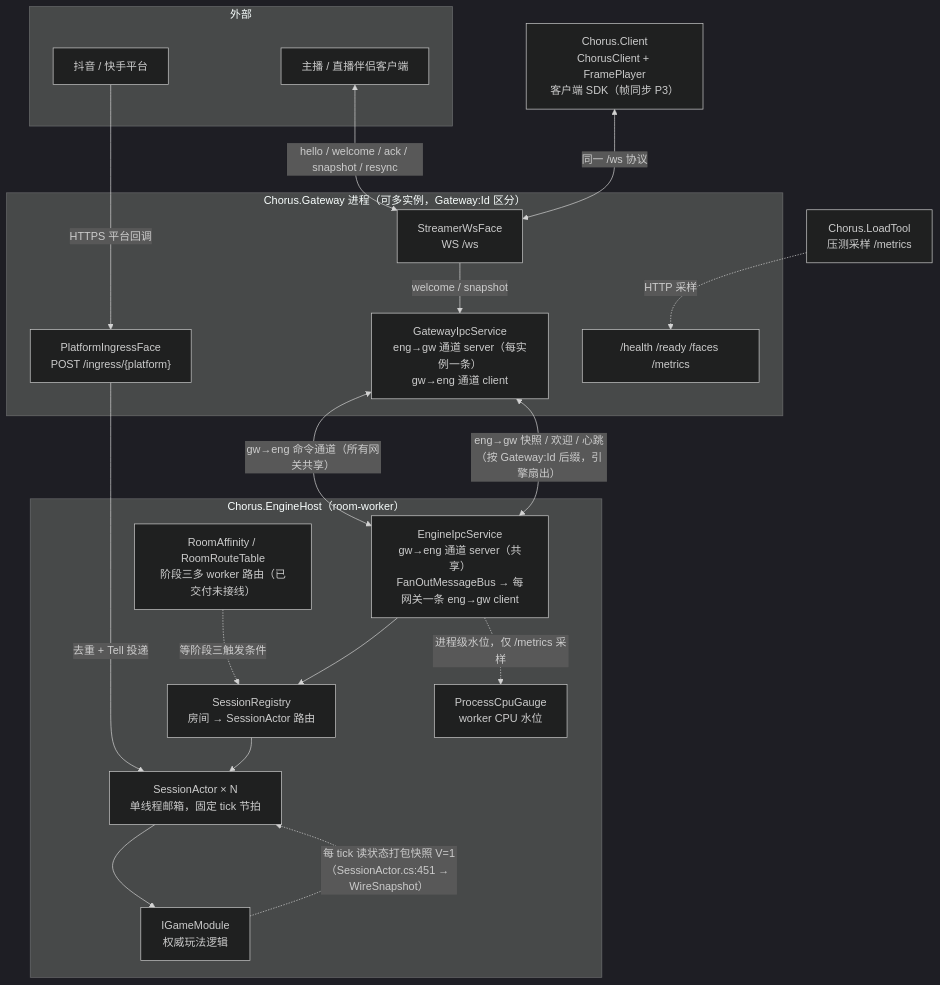
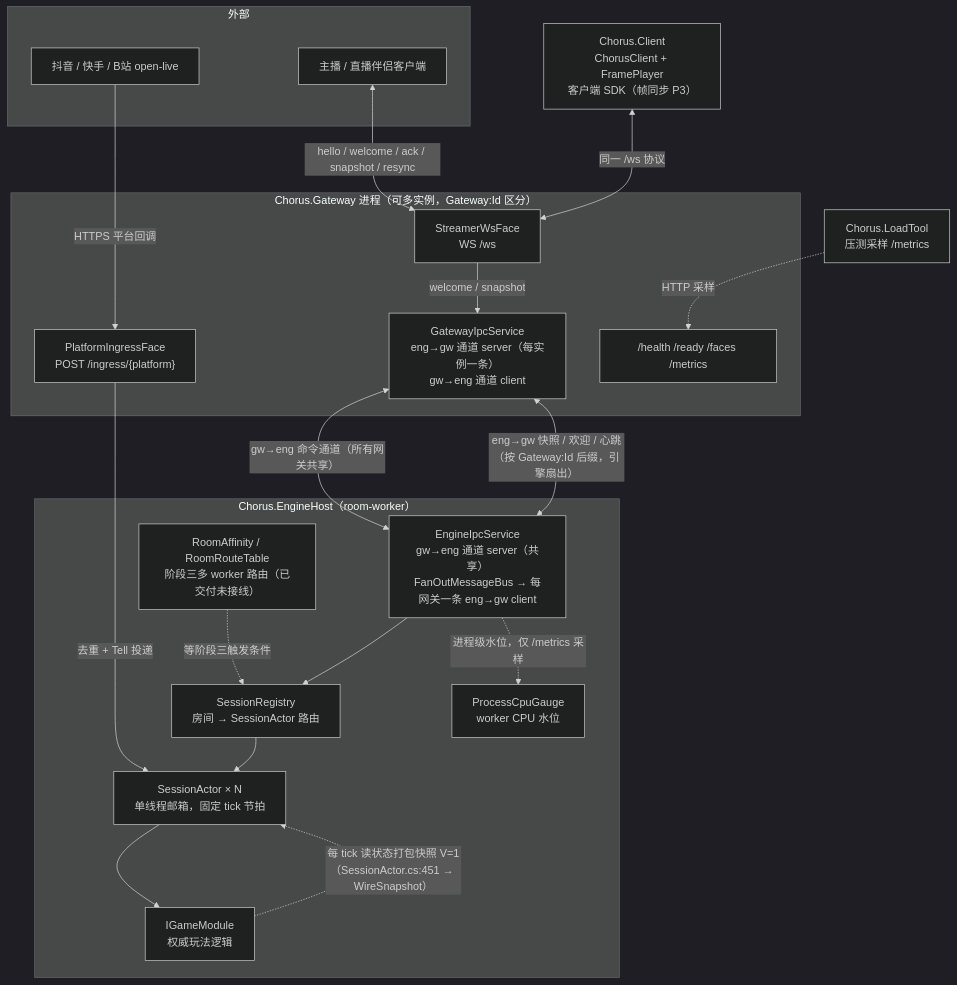
One commit to cuihairu/chorus changed the diagram in docs/design/architecture-overview.md. Above: the diagram before and after it, drawn with Mermaid (dark theme). The commit also changed other lines of this file and 21 other files, not shown here.

Commit message:
feat: add bilibili open-live adapter p1

````diff
--- a/docs/design/architecture-overview.md
+++ b/docs/design/architecture-overview.md
@@ -11,39 +11,39 @@
 ```mermaid
 flowchart TB
   subgraph EXT["外部"]
-    P["抖音 / 快手平台"]
+    P["抖音 / 快手 / B站 open-live"]
     C["主播 / 直播伴侣客户端"]
   end
 
   subgraph GW["Chorus.Gateway 进程（可多实例，Gateway:Id 区分）"]
     INGRESS["PlatformIngressFace<br/>POST /ingress/{platform}"]
     WS["StreamerWsFace<br/>WS /ws"]
     OPS["/health /ready /faces /metrics"]
     GWIPC["GatewayIpcService<br/>eng→gw 通道 server（每实例一条）<br/>gw→eng 通道 client"]
   end
 
   subgraph WORKER["Chorus.EngineHost（room-worker）"]
     ENGIPC["EngineIpcService<br/>gw→eng 通道 server（共享）<br/>FanOutMessageBus → 每网关一条 eng→gw client"]
     REG["SessionRegistry<br/>房间 → SessionActor 路由"]
     SA["SessionActor × N<br/>单线程邮箱，固定 tick 节拍"]
     GM["IGameModule<br/>权威玩法逻辑"]
     RT["RoomAffinity / RoomRouteTable<br/>阶段三多 worker 路由（已交付未接线）"]
     CPU["ProcessCpuGauge<br/>worker CPU 水位"]
   end
 
   LOADTOOL["Chorus.LoadTool<br/>压测采样 /metrics"]
   SDK["Chorus.Client<br/>ChorusClient + FramePlayer<br/>客户端 SDK（帧同步 P3）"]
 
   P -->|"HTTPS 平台回调"| INGRESS
   C <-->|"hello / welcome / ack / snapshot / resync"| WS
   SDK <-->|"同一 /ws 协议"| WS
   INGRESS -->|"去重 + Tell 投递"| SA
   WS -->|"welcome / snapshot"| GWIPC
   GWIPC <-->|"gw→eng 命令通道（所有网关共享）"| ENGIPC
   ENGIPC <-->|"eng→gw 快照 / 欢迎 / 心跳（按 Gateway:Id 后缀，引擎扇出）"| GWIPC
   ENGIPC --> REG --> SA --> GM
   GM -.->|"每 tick 读状态打包快照 V=1（SessionActor.cs:451 → WireSnapshot）"| SA
   RT -.->|"等阶段三触发条件"| REG
   ENGIPC -.->|"进程级水位，仅 /metrics 采样"| CPU
   LOADTOOL -.->|"HTTP 采样"| OPS
 ```
````
